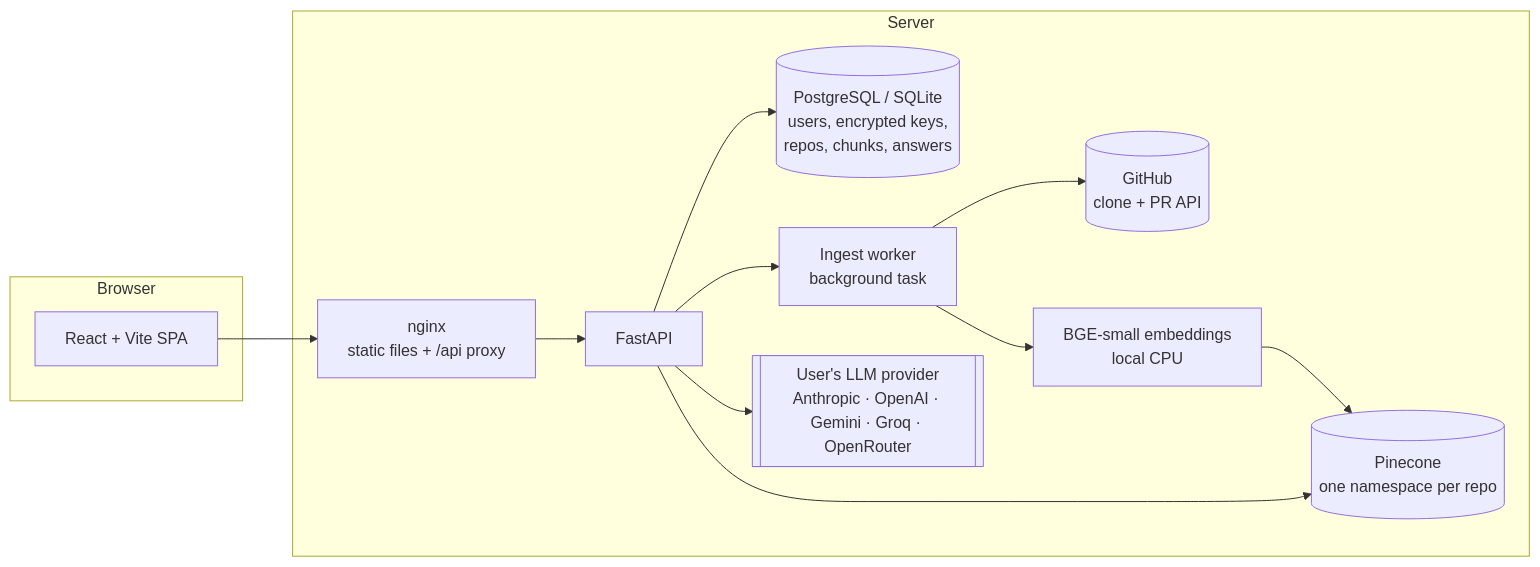
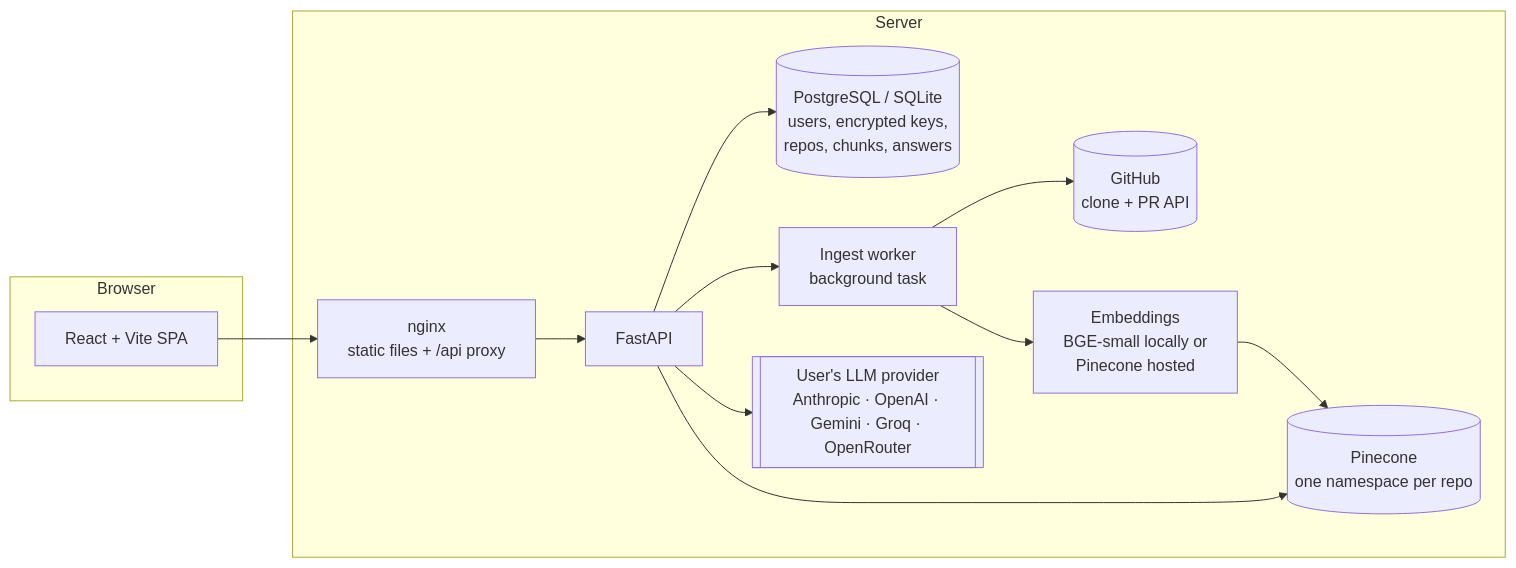
Before and after one commit to RishabhPR77/code-archaeology-rag: the diagram in README.md, drawn with Mermaid. The commit also changed other lines of this file and 12 other files, not shown here.

First line of the commit message:
deploy to Render's free tier with Pinecone hosted embeddings

````diff
--- a/README.md
+++ b/README.md
@@ -78,17 +78,17 @@
 ```mermaid
 flowchart LR
     subgraph Browser
       UI[React + Vite SPA]
     end
     subgraph Server
       NG[nginx<br/>static files + /api proxy] --> API[FastAPI]
       API --> DB[(PostgreSQL / SQLite<br/>users, encrypted keys,<br/>repos, chunks, answers)]
       API --> JOB[Ingest worker<br/>background task]
       JOB --> GH[(GitHub<br/>clone + PR API)]
-      JOB --> EMB[BGE-small embeddings<br/>local CPU]
+      JOB --> EMB[Embeddings<br/>BGE-small locally or<br/>Pinecone hosted]
       EMB --> VEC[(Pinecone<br/>one namespace per repo)]
       API --> VEC
       API --> LLM[[User's LLM provider<br/>Anthropic · OpenAI · Gemini · Groq · OpenRouter]]
     end
     UI --> NG
 ```
````
